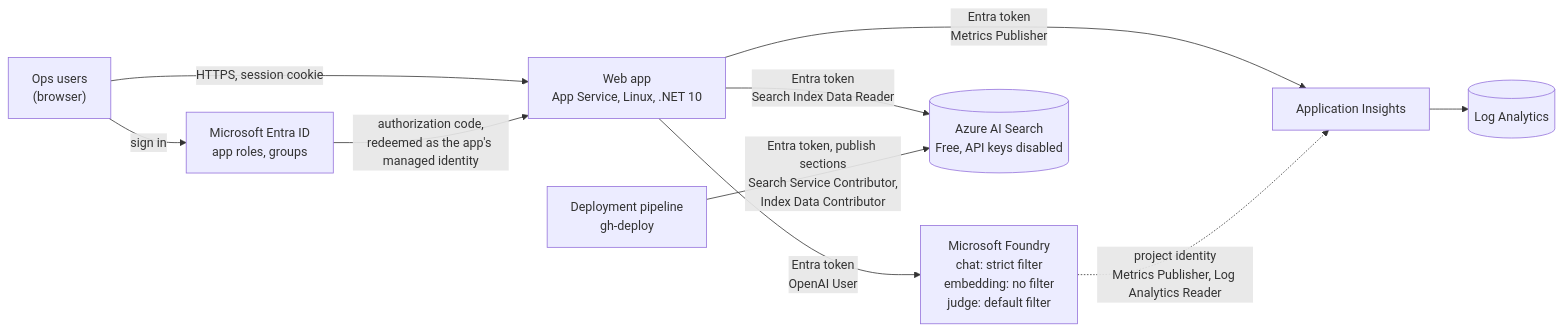
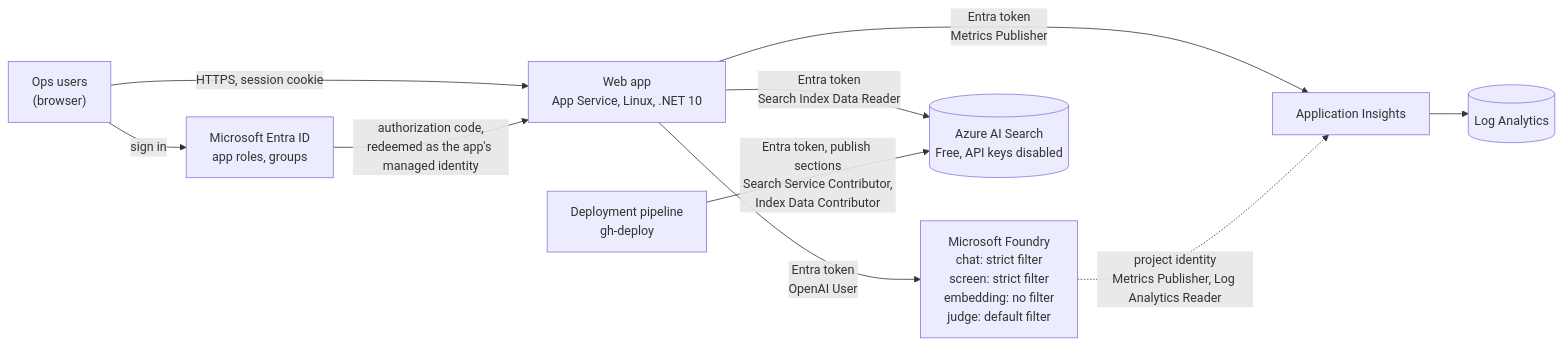
One commit to ankurparekh1988/payment-ops-investigation-agent changed the first of 8 diagrams in docs/Architecture.md. Above: the diagram before and after it, drawn with Mermaid. The commit also changed other lines of this file and 16 other files, not shown here.

````diff
--- a/docs/Architecture.md
+++ b/docs/Architecture.md
@@ -31,12 +31,12 @@
 ```mermaid
 flowchart LR
   U["Ops users<br/>(browser)"] -->|HTTPS, session cookie| APP["Web app<br/>App Service, Linux, .NET 10"]
   U -->|sign in| E["Microsoft Entra ID<br/>app roles, groups"]
   E -->|"authorization code,<br/>redeemed as the app's managed identity"| APP
-  APP -->|"Entra token<br/>OpenAI User"| F["Microsoft Foundry<br/>chat: strict filter<br/>embedding: no filter<br/>judge: default filter"]
+  APP -->|"Entra token<br/>OpenAI User"| F["Microsoft Foundry<br/>chat: strict filter<br/>screen: strict filter<br/>embedding: no filter<br/>judge: default filter"]
   APP -->|"Entra token<br/>Search Index Data Reader"| S
   APP -->|"Entra token<br/>Metrics Publisher"| AI["Application Insights"]
   AI --> LA[("Log Analytics")]
   F -.->|"project identity<br/>Metrics Publisher, Log Analytics Reader"| AI
   CD["Deployment pipeline<br/>gh-deploy"] -->|"Entra token, publish sections<br/>Search Service Contributor,<br/>Index Data Contributor"| S[("Azure AI Search<br/>Free, API keys disabled")]
 ```
````
